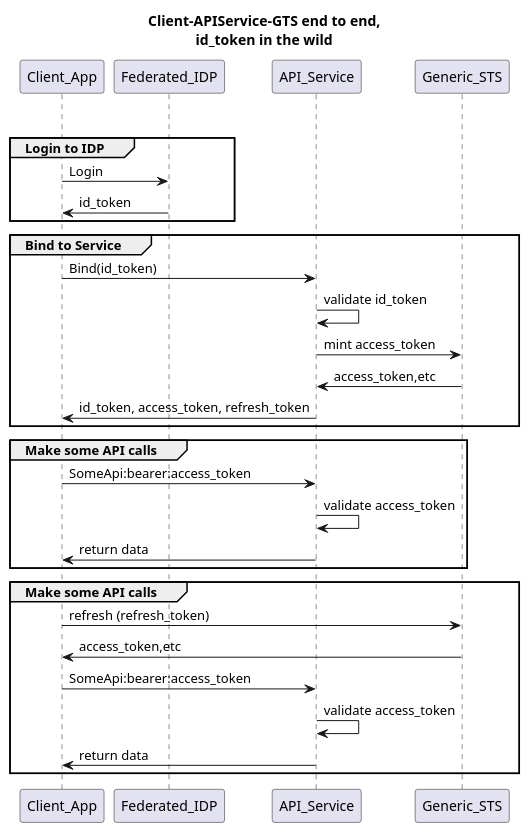
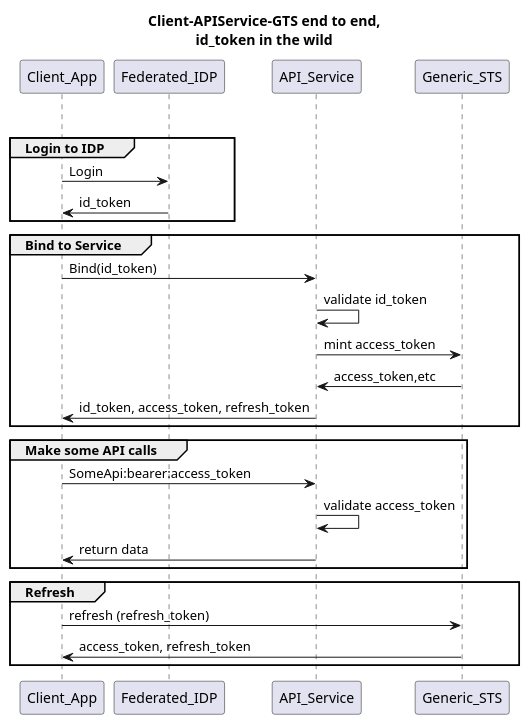
Before and after one commit to ghstahl/Generic-Security-Token-Service: the diagram in docs/binding-sequence.plantuml, drawn with PlantUML.

```diff
--- a/docs/binding-sequence.plantuml
+++ b/docs/binding-sequence.plantuml
@@ -1,31 +1,29 @@
 @startuml
 
 title Client-APIService-GTS end to end,\nid_token in the wild
 
 group Login/Bind Securely
 
 group Login to IDP
 Client_App -> Federated_IDP:Login
 Client_App <- Federated_IDP:id_token
 end
 group Bind to Service
 Client_App -> API_Service:Bind(id_token)
 API_Service -> API_Service: validate id_token
 API_Service -> Generic_STS: mint access_token
 API_Service <- Generic_STS: access_token,etc
 Client_App <- API_Service:id_token, access_token, refresh_token
 end
 
 group Make some API calls
 Client_App -> API_Service:SomeApi:bearer:access_token
 API_Service -> API_Service: validate access_token
 Client_App <- API_Service: return data 
 end
-group Make some API calls
+group Refresh
 Client_App -> Generic_STS:refresh (refresh_token)
-Client_App <- Generic_STS: access_token,etc
-Client_App -> API_Service:SomeApi:bearer:access_token
-API_Service -> API_Service: validate access_token
-Client_App <- API_Service: return data
+Client_App <- Generic_STS: access_token, refresh_token
+
 end
 @enduml
```
